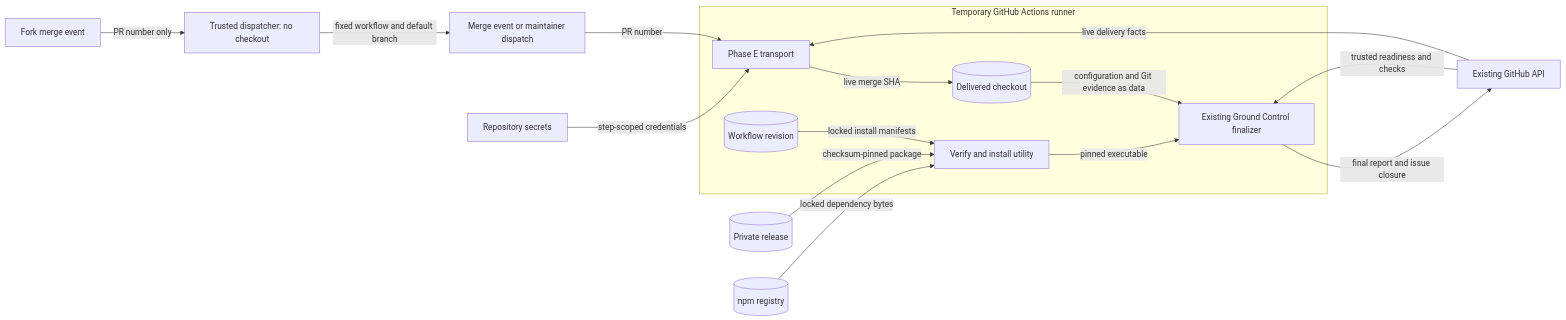
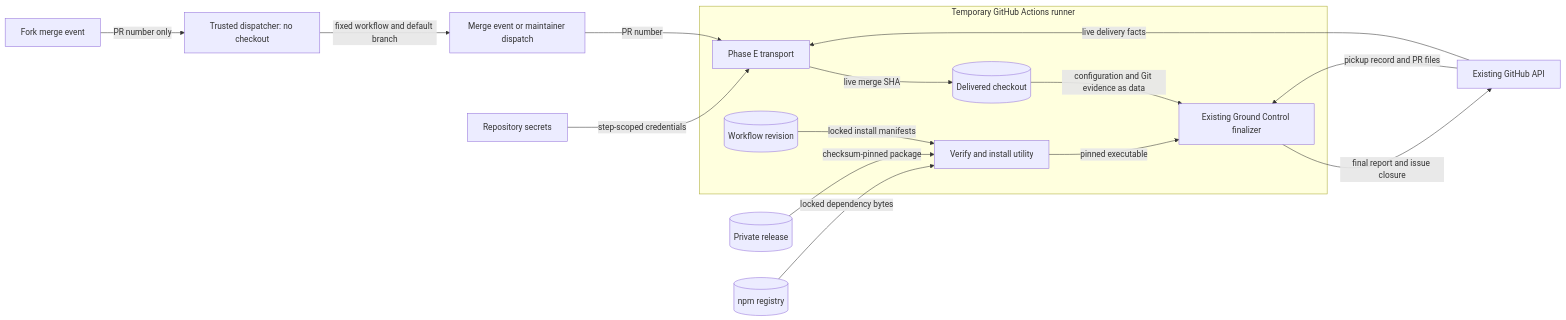
Before and after one commit to OpenRAE/go-rae-gremlins: the diagram in docs/development/phase-e-design.md, drawn with Mermaid. The commit also changed other lines of this file and 11 other files, not shown here.

````diff
--- a/docs/development/phase-e-design.md
+++ b/docs/development/phase-e-design.md
@@ -59,18 +76,18 @@
 ```mermaid
 flowchart LR
   event[Merge event or maintainer dispatch] -->|PR number| job[Phase E transport]
   fork[Fork merge event] -->|PR number only| dispatcher[Trusted dispatcher: no checkout]
   dispatcher -->|fixed workflow and default branch| event
   subgraph runner[Temporary GitHub Actions runner]
     job -->|live merge SHA| checkout[(Delivered checkout)]
     transport[(Workflow revision)] -->|locked install manifests| install[Verify and install utility]
     install -->|pinned executable| finalizer[Existing Ground Control finalizer]
     checkout -->|configuration and Git evidence as data| finalizer
   end
   release[(Private release)] -->|checksum-pinned package| install
   registry[(npm registry)] -->|locked dependency bytes| install
   secrets[Repository secrets] -->|step-scoped credentials| job
   api[Existing GitHub API] -->|live delivery facts| job
-  api -->|trusted readiness and checks| finalizer
+  api -->|pickup record and PR files| finalizer
   finalizer -->|final report and issue closure| api
 ```
````
